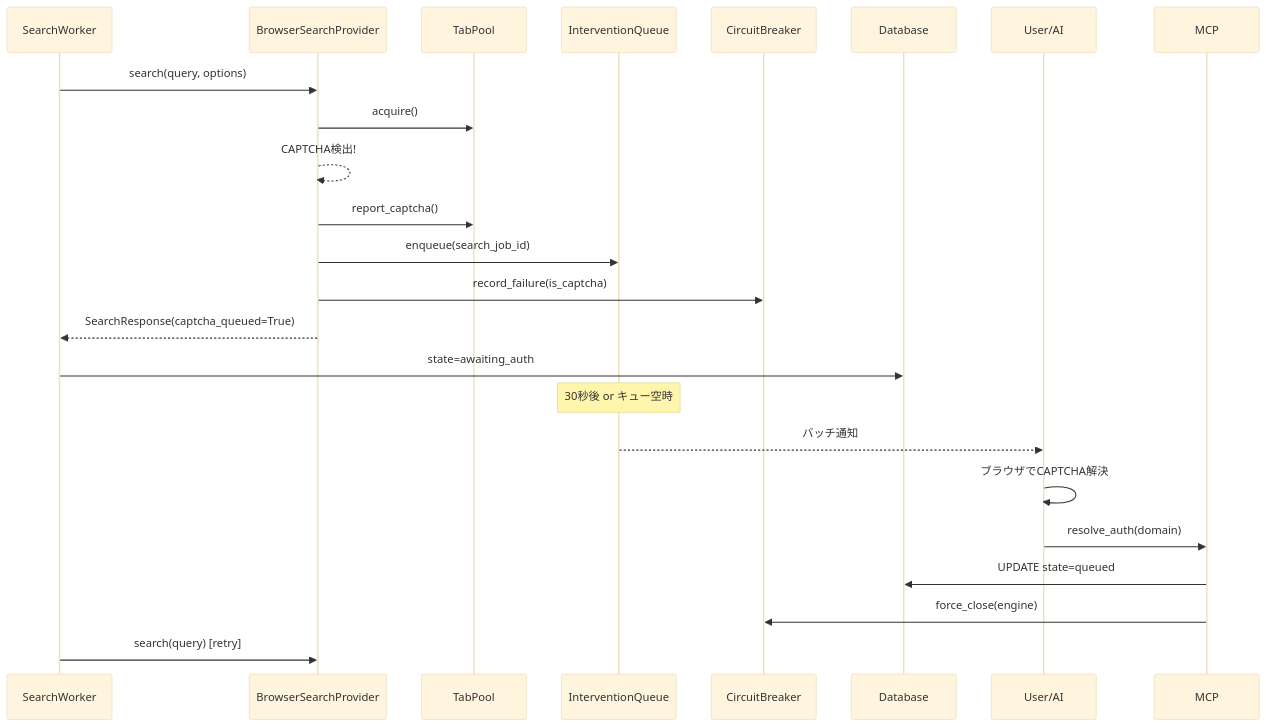
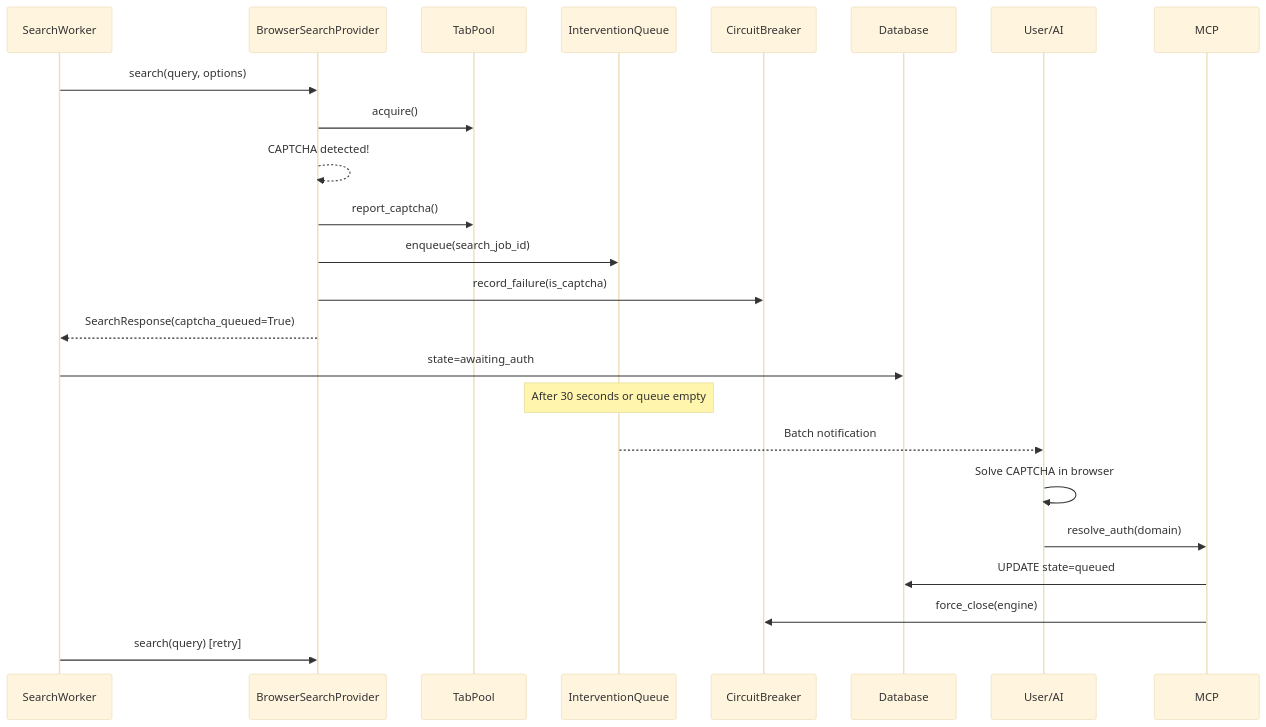
The diagram in docs/adr/0007-human-in-the-loop-auth.md (k-shibuki/lyra), drawn with Mermaid (base theme) before and after one commit. The commit also changed other lines of this file and 15 other files, not shown here.

````diff
--- a/docs/adr/0007-human-in-the-loop-auth.md
+++ b/docs/adr/0007-human-in-the-loop-auth.md
@@ -34,28 +34,28 @@
 ```mermaid
 sequenceDiagram
     participant W as SearchWorker
     participant BP as BrowserSearchProvider
     participant TP as TabPool
     participant IQ as InterventionQueue
     participant CB as CircuitBreaker
     participant DB as Database
     participant User as User/AI
 
     W->>BP: search(query, options)
     BP->>TP: acquire()
-    BP-->>BP: CAPTCHA検出!
+    BP-->>BP: CAPTCHA detected!
     BP->>TP: report_captcha()
     BP->>IQ: enqueue(search_job_id)
     BP->>CB: record_failure(is_captcha)
     BP-->>W: SearchResponse(captcha_queued=True)
     W->>DB: state=awaiting_auth
 
-    Note over IQ: 30秒後 or キュー空時
-    IQ-->>User: バッチ通知
+    Note over IQ: After 30 seconds or queue empty
+    IQ-->>User: Batch notification
 
-    User->>User: ブラウザでCAPTCHA解決
+    User->>User: Solve CAPTCHA in browser
     User->>MCP: resolve_auth(domain)
     MCP->>DB: UPDATE state=queued
     MCP->>CB: force_close(engine)
     W->>BP: search(query) [retry]
 ```
````
